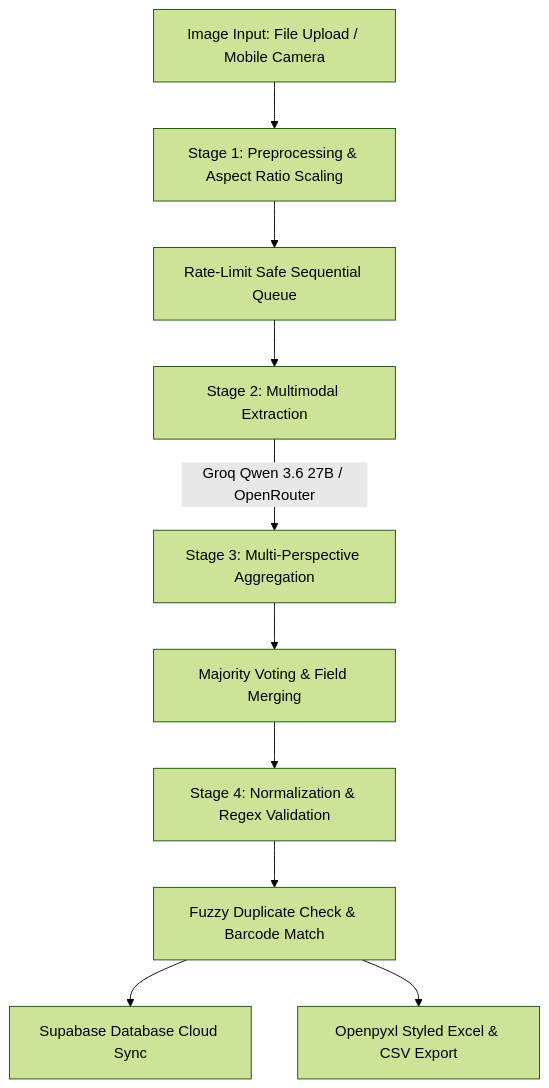
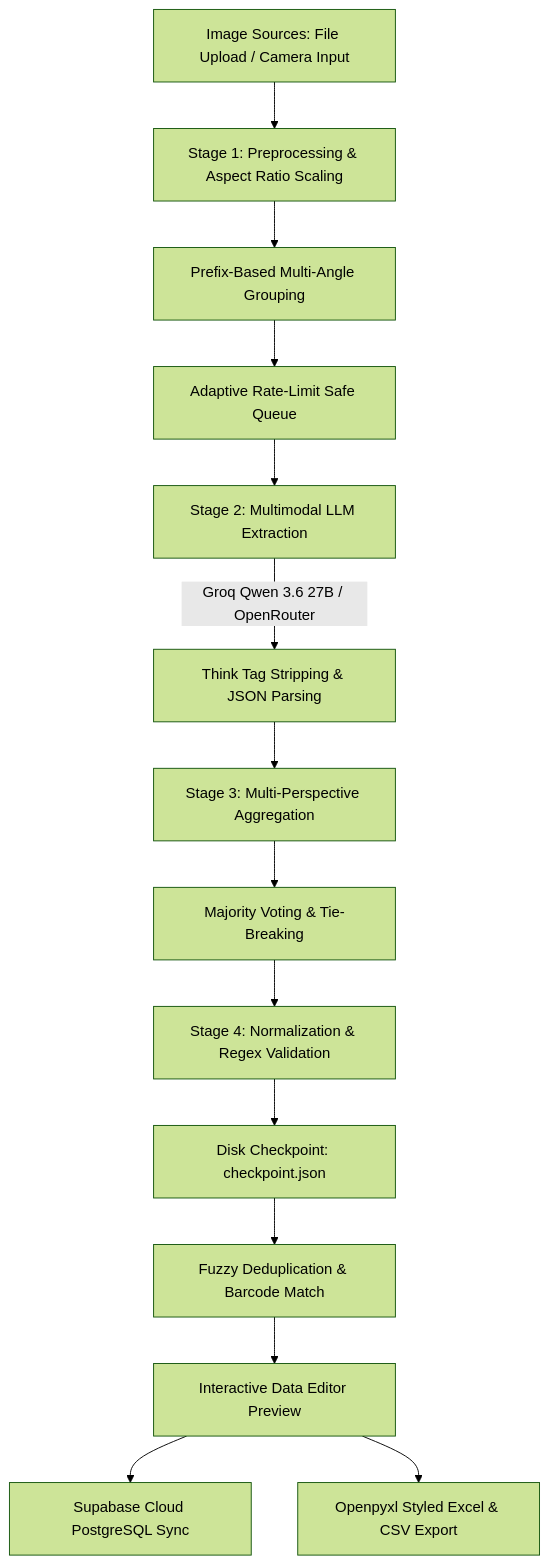
Before and after one commit to hendrix-llouchi/Vision-LM: the diagram in README.md, drawn with Mermaid (forest theme). The commit also changed other lines of this file and 3 other files, not shown here.

Commit message:
docs: update README with full pipeline docs, QA harness and cloud sync; fix weight whitespace

````diff
--- a/README.md
+++ b/README.md
@@ -40,12 +56,16 @@
 ```mermaid
 graph TD
-    A[Image Input: File Upload / Mobile Camera] --> B[Stage 1: Preprocessing & Aspect Ratio Scaling]
-    B --> C[Rate-Limit Safe Sequential Queue]
-    C --> D[Stage 2: Multimodal Extraction]
-    D -->|Groq Qwen 3.6 27B / OpenRouter| E[Stage 3: Multi-Perspective Aggregation]
-    E --> F[Majority Voting & Field Merging]
-    F --> G[Stage 4: Normalization & Regex Validation]
-    G --> H[Fuzzy Duplicate Check & Barcode Match]
-    H --> I[Supabase Database Cloud Sync]
-    H --> J[Openpyxl Styled Excel & CSV Export]
+    A[Image Sources: File Upload / Camera Input] --> B[Stage 1: Preprocessing & Aspect Ratio Scaling]
+    B --> C[Prefix-Based Multi-Angle Grouping]
+    C --> D[Adaptive Rate-Limit Safe Queue]
+    D --> E[Stage 2: Multimodal LLM Extraction]
+    E -->|Groq Qwen 3.6 27B / OpenRouter| F[Think Tag Stripping & JSON Parsing]
+    F --> G[Stage 3: Multi-Perspective Aggregation]
+    G --> H[Majority Voting & Tie-Breaking]
+    H --> I[Stage 4: Normalization & Regex Validation]
+    I --> J[Disk Checkpoint: checkpoint.json]
+    J --> K[Fuzzy Deduplication & Barcode Match]
+    K --> L[Interactive Data Editor Preview]
+    L --> M[Supabase Cloud PostgreSQL Sync]
+    L --> N[Openpyxl Styled Excel & CSV Export]
 ```
````
